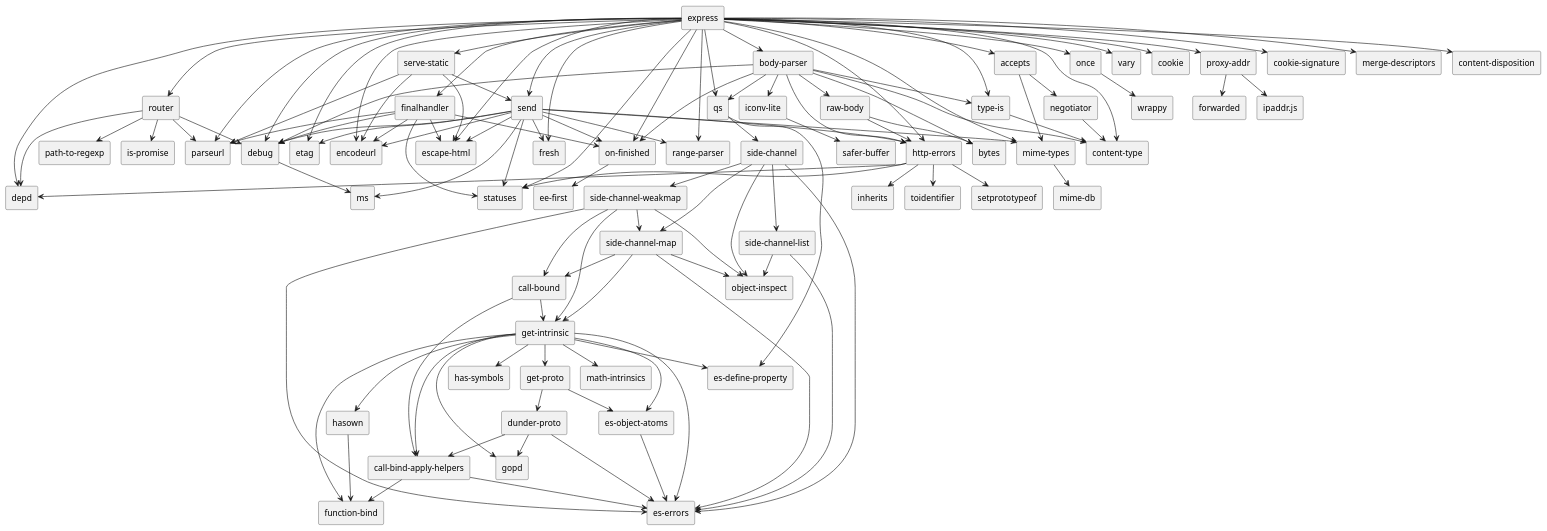
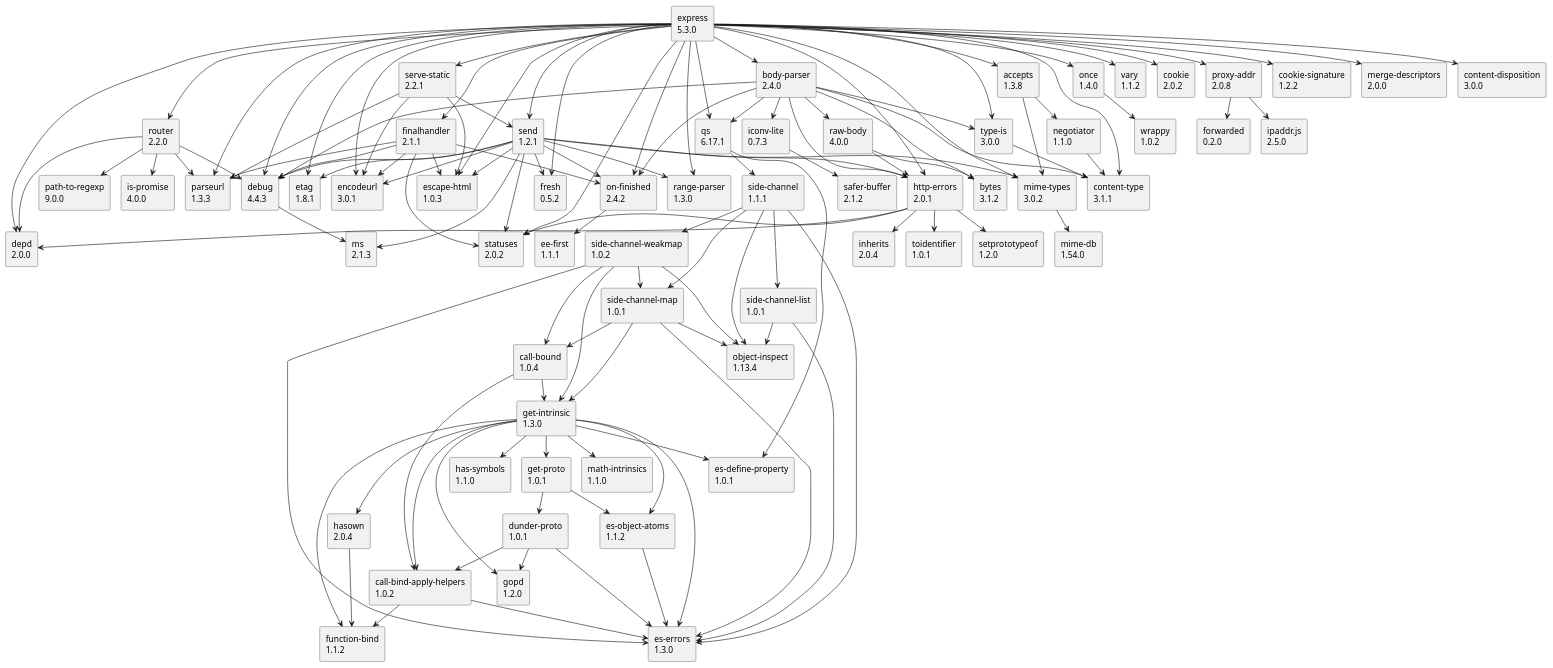
Before and after one commit to GoDeXxXx/npm-dependency-graph: the diagram in examples/express.puml, drawn with PlantUML. The commit also changed 20 other files, not shown here.

```diff
--- a/examples/express.puml
+++ b/examples/express.puml
@@ -1,186 +1,186 @@
 @startuml
 !pragma layout smetana
-rectangle "express" as p0
-rectangle "qs" as p1
-rectangle "depd" as p2
-rectangle "etag" as p3
-rectangle "once" as p4
-rectangle "send" as p5
-rectangle "vary" as p6
-rectangle "debug" as p7
-rectangle "fresh" as p8
-rectangle "cookie" as p9
-rectangle "router" as p10
-rectangle "accepts" as p11
-rectangle "type-is" as p12
-rectangle "parseurl" as p13
-rectangle "statuses" as p14
-rectangle "encodeurl" as p15
-rectangle "mime-types" as p16
-rectangle "proxy-addr" as p17
-rectangle "body-parser" as p18
-rectangle "escape-html" as p19
-rectangle "http-errors" as p20
-rectangle "on-finished" as p21
-rectangle "content-type" as p22
-rectangle "finalhandler" as p23
-rectangle "range-parser" as p24
-rectangle "serve-static" as p25
-rectangle "cookie-signature" as p26
-rectangle "merge-descriptors" as p27
-rectangle "content-disposition" as p28
-rectangle "side-channel" as p29
-rectangle "es-define-property" as p30
-rectangle "wrappy" as p31
-rectangle "ms" as p32
-rectangle "is-promise" as p33
-rectangle "path-to-regexp" as p34
-rectangle "negotiator" as p35
-rectangle "mime-db" as p36
-rectangle "forwarded" as p37
-rectangle "ipaddr.js" as p38
-rectangle "bytes" as p39
-rectangle "raw-body" as p40
-rectangle "iconv-lite" as p41
-rectangle "inherits" as p42
-rectangle "toidentifier" as p43
-rectangle "setprototypeof" as p44
-rectangle "ee-first" as p45
-rectangle "es-errors" as p46
-rectangle "object-inspect" as p47
-rectangle "side-channel-map" as p48
-rectangle "side-channel-list" as p49
-rectangle "side-channel-weakmap" as p50
-rectangle "safer-buffer" as p51
-rectangle "call-bound" as p52
-rectangle "get-intrinsic" as p53
-rectangle "call-bind-apply-helpers" as p54
-rectangle "gopd" as p55
-rectangle "hasown" as p56
-rectangle "get-proto" as p57
-rectangle "has-symbols" as p58
-rectangle "function-bind" as p59
-rectangle "es-object-atoms" as p60
-rectangle "math-intrinsics" as p61
-rectangle "dunder-proto" as p62
+rectangle "express\n5.3.0" as p0
+rectangle "qs\n6.17.1" as p1
+rectangle "depd\n2.0.0" as p2
+rectangle "etag\n1.8.1" as p3
+rectangle "once\n1.4.0" as p4
+rectangle "send\n1.2.1" as p5
+rectangle "vary\n1.1.2" as p6
+rectangle "debug\n4.4.3" as p7
+rectangle "fresh\n0.5.2" as p8
+rectangle "cookie\n2.0.2" as p9
+rectangle "router\n2.2.0" as p10
+rectangle "accepts\n1.3.8" as p11
+rectangle "type-is\n3.0.0" as p12
+rectangle "parseurl\n1.3.3" as p13
+rectangle "statuses\n2.0.2" as p14
+rectangle "encodeurl\n3.0.1" as p15
+rectangle "mime-types\n3.0.2" as p16
+rectangle "proxy-addr\n2.0.8" as p17
+rectangle "body-parser\n2.4.0" as p18
+rectangle "escape-html\n1.0.3" as p19
+rectangle "http-errors\n2.0.1" as p20
+rectangle "on-finished\n2.4.2" as p21
+rectangle "content-type\n3.1.1" as p22
+rectangle "finalhandler\n2.1.1" as p23
+rectangle "range-parser\n1.3.0" as p24
+rectangle "serve-static\n2.2.1" as p25
+rectangle "cookie-signature\n1.2.2" as p26
+rectangle "merge-descriptors\n2.0.0" as p27
+rectangle "content-disposition\n3.0.0" as p28
+rectangle "side-channel\n1.1.1" as p29
+rectangle "es-define-property\n1.0.1" as p30
+rectangle "wrappy\n1.0.2" as p31
+rectangle "ms\n2.1.3" as p32
+rectangle "is-promise\n4.0.0" as p33
+rectangle "path-to-regexp\n9.0.0" as p34
+rectangle "negotiator\n1.1.0" as p35
+rectangle "mime-db\n1.54.0" as p36
+rectangle "forwarded\n0.2.0" as p37
+rectangle "ipaddr.js\n2.5.0" as p38
+rectangle "bytes\n3.1.2" as p39
+rectangle "raw-body\n4.0.0" as p40
+rectangle "iconv-lite\n0.7.3" as p41
+rectangle "inherits\n2.0.4" as p42
+rectangle "toidentifier\n1.0.1" as p43
+rectangle "setprototypeof\n1.2.0" as p44
+rectangle "ee-first\n1.1.1" as p45
+rectangle "es-errors\n1.3.0" as p46
+rectangle "object-inspect\n1.13.4" as p47
+rectangle "side-channel-map\n1.0.1" as p48
+rectangle "side-channel-list\n1.0.1" as p49
+rectangle "side-channel-weakmap\n1.0.2" as p50
+rectangle "safer-buffer\n2.1.2" as p51
+rectangle "call-bound\n1.0.4" as p52
+rectangle "get-intrinsic\n1.3.0" as p53
+rectangle "call-bind-apply-helpers\n1.0.2" as p54
+rectangle "gopd\n1.2.0" as p55
+rectangle "hasown\n2.0.4" as p56
+rectangle "get-proto\n1.0.1" as p57
+rectangle "has-symbols\n1.1.0" as p58
+rectangle "function-bind\n1.1.2" as p59
+rectangle "es-object-atoms\n1.1.2" as p60
+rectangle "math-intrinsics\n1.1.0" as p61
+rectangle "dunder-proto\n1.0.1" as p62
 p0 --> p1
 p0 --> p2
 p0 --> p3
 p0 --> p4
 p0 --> p5
 p0 --> p6
 p0 --> p7
 p0 --> p8
 p0 --> p9
 p0 --> p10
 p0 --> p11
 p0 --> p12
 p0 --> p13
 p0 --> p14
 p0 --> p15
 p0 --> p16
 p0 --> p17
 p0 --> p18
 p0 --> p19
 p0 --> p20
 p0 --> p21
 p0 --> p22
 p0 --> p23
 p0 --> p24
 p0 --> p25
 p0 --> p26
 p0 --> p27
 p0 --> p28
 p1 --> p29
 p1 --> p30
 p4 --> p31
 p5 --> p32
 p5 --> p3
 p5 --> p7
 p5 --> p8
 p5 --> p14
 p5 --> p15
 p5 --> p16
 p5 --> p19
 p5 --> p20
 p5 --> p21
 p5 --> p24
 p7 --> p32
 p10 --> p2
 p10 --> p7
 p10 --> p13
 p10 --> p33
 p10 --> p34
 p11 --> p16
 p11 --> p35
 p12 --> p22
 p16 --> p36
 p17 --> p37
 p17 --> p38
 p18 --> p1
 p18 --> p39
 p18 --> p7
 p18 --> p12
 p18 --> p40
 p18 --> p41
 p18 --> p20
 p18 --> p21
 p18 --> p22
 p20 --> p2
 p20 --> p42
 p20 --> p14
 p20 --> p43
 p20 --> p44
 p21 --> p45
 p23 --> p7
 p23 --> p13
 p23 --> p14
 p23 --> p15
 p23 --> p19
 p23 --> p21
 p25 --> p5
 p25 --> p13
 p25 --> p15
 p25 --> p19
 p29 --> p46
 p29 --> p47
 p29 --> p48
 p29 --> p49
 p29 --> p50
 p35 --> p22
 p40 --> p39
 p40 --> p20
 p41 --> p51
 p48 --> p46
 p48 --> p52
 p48 --> p53
 p48 --> p47
 p49 --> p46
 p49 --> p47
 p50 --> p46
 p50 --> p52
 p50 --> p53
 p50 --> p47
 p50 --> p48
 p52 --> p53
 p52 --> p54
 p53 --> p55
 p53 --> p56
 p53 --> p46
 p53 --> p57
 p53 --> p58
 p53 --> p59
 p53 --> p60
 p53 --> p61
 p53 --> p30
 p53 --> p54
 p54 --> p46
 p54 --> p59
 p56 --> p59
 p57 --> p62
 p57 --> p60
 p60 --> p46
 p62 --> p55
 p62 --> p46
 p62 --> p54
 @enduml
```
